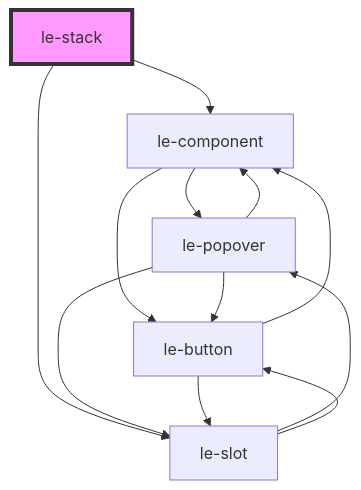
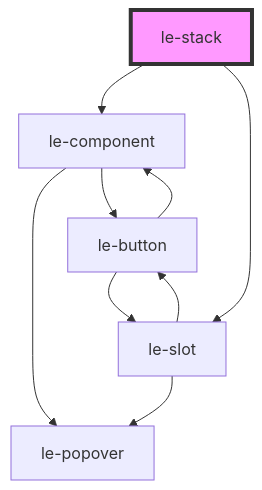
Before and after one commit to leechy/le-kit: the diagram in src/components/le-stack/readme.md, drawn with Mermaid. The commit also changed 16 other files, not shown here.

````diff
--- a/src/components/le-stack/readme.md
+++ b/src/components/le-stack/readme.md
@@ -55,15 +55,12 @@
 ```mermaid
 graph TD;
   le-stack --> le-component
   le-stack --> le-slot
   le-component --> le-popover
   le-component --> le-button
-  le-popover --> le-button
-  le-popover --> le-component
-  le-popover --> le-slot
   le-button --> le-component
   le-button --> le-slot
   le-slot --> le-popover
   le-slot --> le-button
   style le-stack fill:#f9f,stroke:#333,stroke-width:4px
 ```
````
